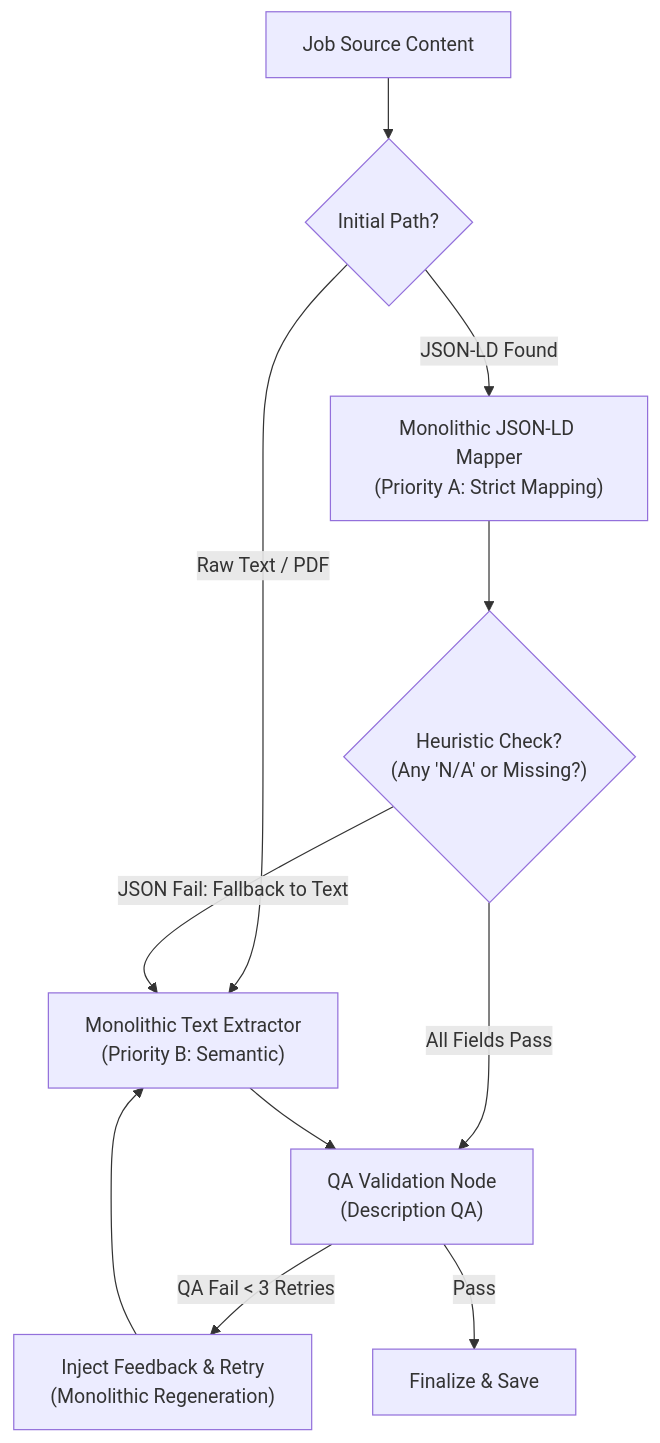
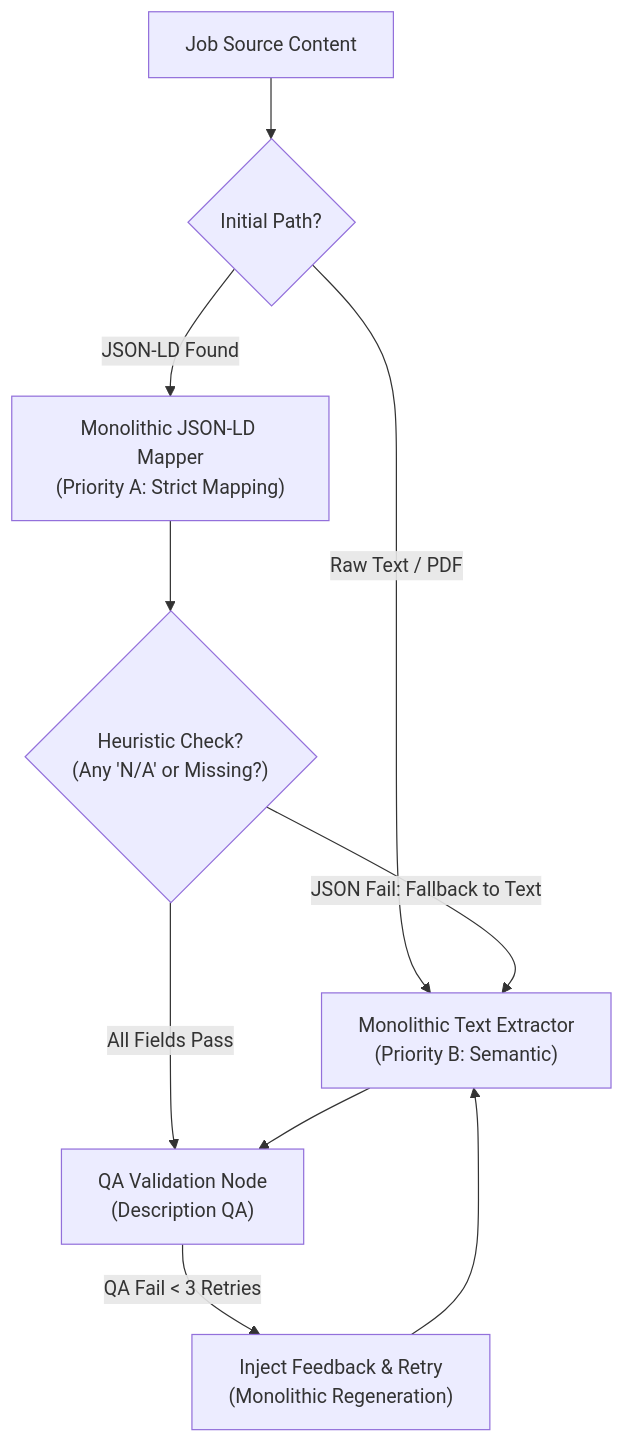
Before and after one commit to yicheinchang/lard: the first of 2 diagrams in backend/README.md, drawn with Mermaid. The commit also changed other lines of this file, not shown here.

Commit message:
docs(ai): final refinement of extraction diagrams and version sync

````diff
--- a/backend/README.md
+++ b/backend/README.md
@@ -64,19 +64,18 @@
 ```mermaid
 graph TD
     Source["Job Source Content"] --> Mode{"Initial Path?"}
     
     Mode -- "Raw Text / PDF" --> Extractor["Monolithic Text Extractor<br/>(Priority B: Semantic)"]
     
     Mode -- "JSON-LD Found" --> Mapper["Monolithic JSON-LD Mapper<br/>(Priority A: Strict Mapping)"]
     Mapper --> Heuristic{"Heuristic Check?<br/>(Any 'N/A' or Missing?)"}
     
     Heuristic -- "JSON Fail: Fallback to Text" --> Extractor
     Heuristic -- "All Fields Pass" --> QA["QA Validation Node<br/>(Description QA)"]
     
     Extractor --> QA
     
     QA -- "QA Fail < 3 Retries" --> Retry["Inject Feedback & Retry<br/>(Monolithic Regeneration)"]
     Retry --> Extractor
     
-    QA -- "Pass" --> Final["Finalize & Save"]
 ```
````
